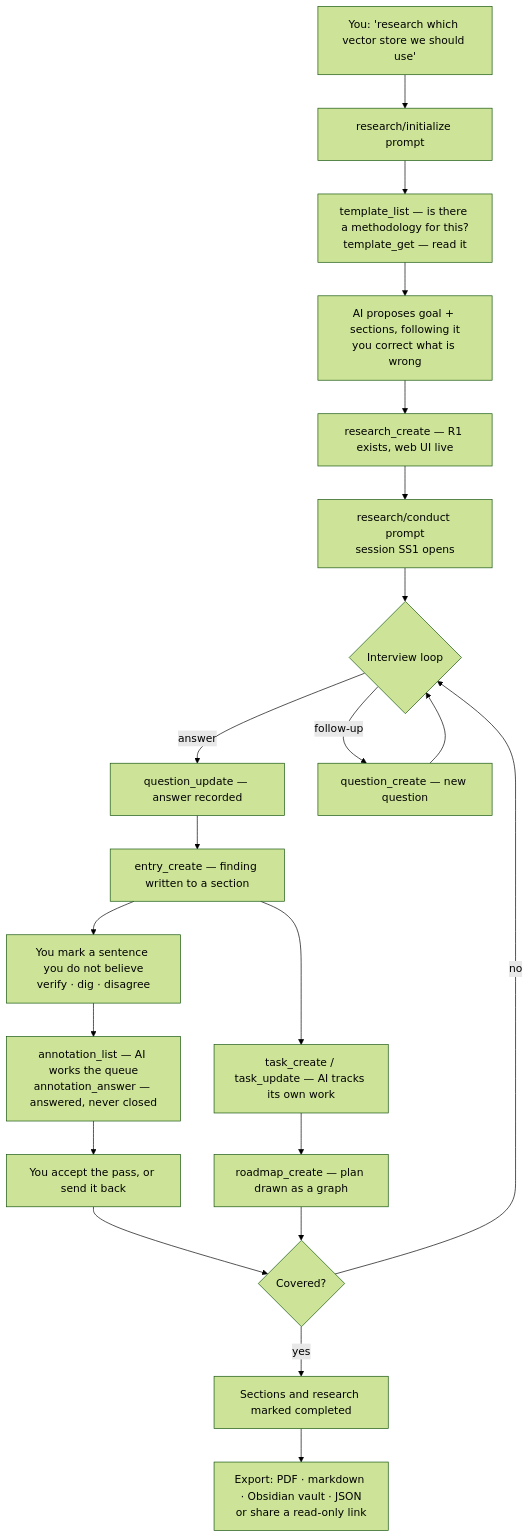
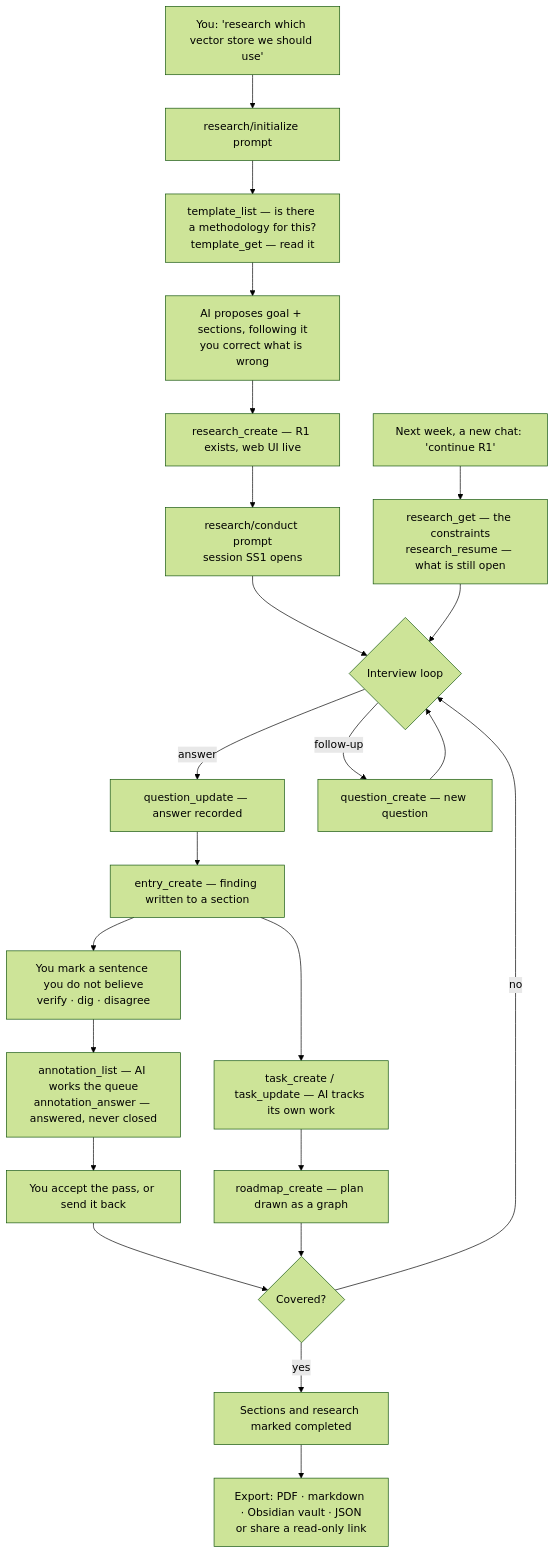
The diagram in README.md (butschster/mcp-research), drawn with Mermaid (forest theme) before and after one commit. The commit also changed other lines of this file and 31 other files, not shown here.

First line of the commit message:
feat(research): resume an investigation with actionable context

````diff
--- a/README.md
+++ b/README.md
@@ -221,23 +240,25 @@
 ```mermaid
 flowchart TD
     A["You: 'research which vector store we should use'"] --> B["research/initialize prompt"]
     B --> B2["template_list — is there a methodology for this?<br/>template_get — read it"]
     B2 --> C["AI proposes goal + sections, following it<br/>you correct what is wrong"]
     C --> D["research_create — R1 exists, web UI live"]
     D --> E["research/conduct prompt<br/>session SS1 opens"]
     E --> F{Interview loop}
+    Z["Next week, a new chat: 'continue R1'"] --> Z2["research_get — the constraints<br/>research_resume — what is still open"]
+    Z2 --> F
     F -->|answer| G["question_update — answer recorded"]
     F -->|follow-up| H["question_create — new question"]
     G --> I["entry_create — finding written to a section"]
     H --> F
     I --> J["task_create / task_update — AI tracks its own work"]
     I --> P["You mark a sentence you do not believe<br/>verify · dig · disagree"]
     P --> Q["annotation_list — AI works the queue<br/>annotation_answer — answered, never closed"]
     Q --> R["You accept the pass, or send it back"]
     R --> L
     J --> K["roadmap_create — plan drawn as a graph"]
     K --> L{Covered?}
     L -->|no| F
     L -->|yes| M["Sections and research marked completed"]
     M --> N["Export: PDF · markdown · Obsidian vault · JSON<br/>or share a read-only link"]
 ```
````
